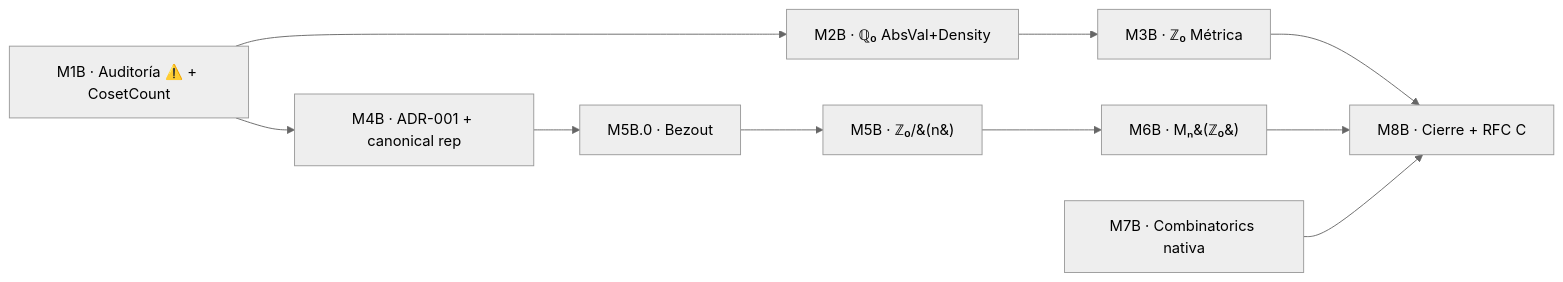
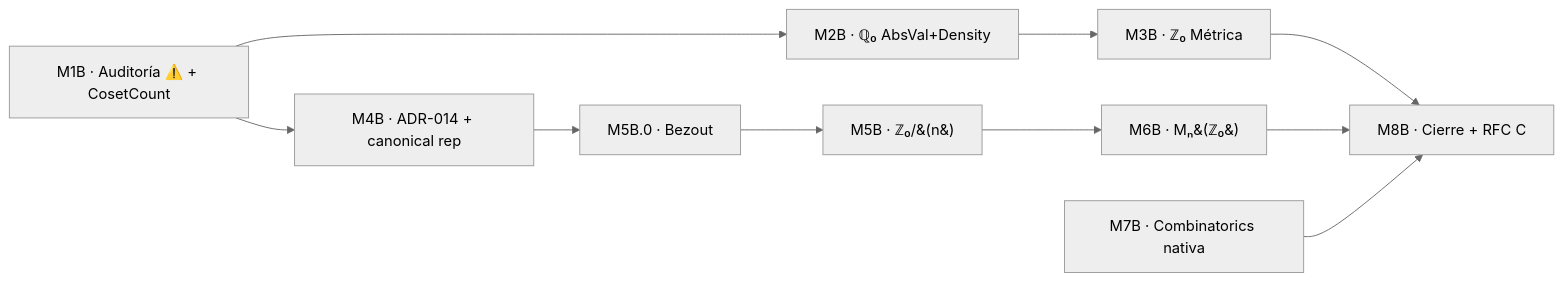
Before and after one commit to julian1c2a/AczelSetTheory: the diagram in PLANNING-FASE-B.md, drawn with Mermaid (neutral theme). The commit also changed other lines of this file and 11 other files, not shown here.

Commit message:
FASE B andamiaje: esqueletos M2B (AbsVal,Density), M3B (Reals/IsCauchy + barrel), M4B (Canonical), M5B.0 (Bezout), M5B (ZModN); ADR-014; barrels actualizados; matriz regenerada (182 archivos, 0/0/0/0/0/0)

````diff
--- a/PLANNING-FASE-B.md
+++ b/PLANNING-FASE-B.md
@@ -47,13 +47,13 @@
 ```mermaid
 graph LR
   M1B[M1B · Auditoría ⚠️ + CosetCount] --> M2B[M2B · ℚ₀ AbsVal+Density]
-  M1B --> M4B[M4B · ADR-001 + canonical rep]
+  M1B --> M4B[M4B · ADR-014 + canonical rep]
   M2B --> M3B[M3B · ℤ₀ Métrica]
   M4B --> M5B0[M5B.0 · Bezout]
   M5B0 --> M5B[M5B · ℤ₀/&#40;n&#41;]
   M5B --> M6B[M6B · Mₙ&#40;ℤ₀&#41;]
   M7B[M7B · Combinatorics nativa]
   M3B --> M8B[M8B · Cierre + RFC C]
   M6B --> M8B
   M7B --> M8B
 ```
````
